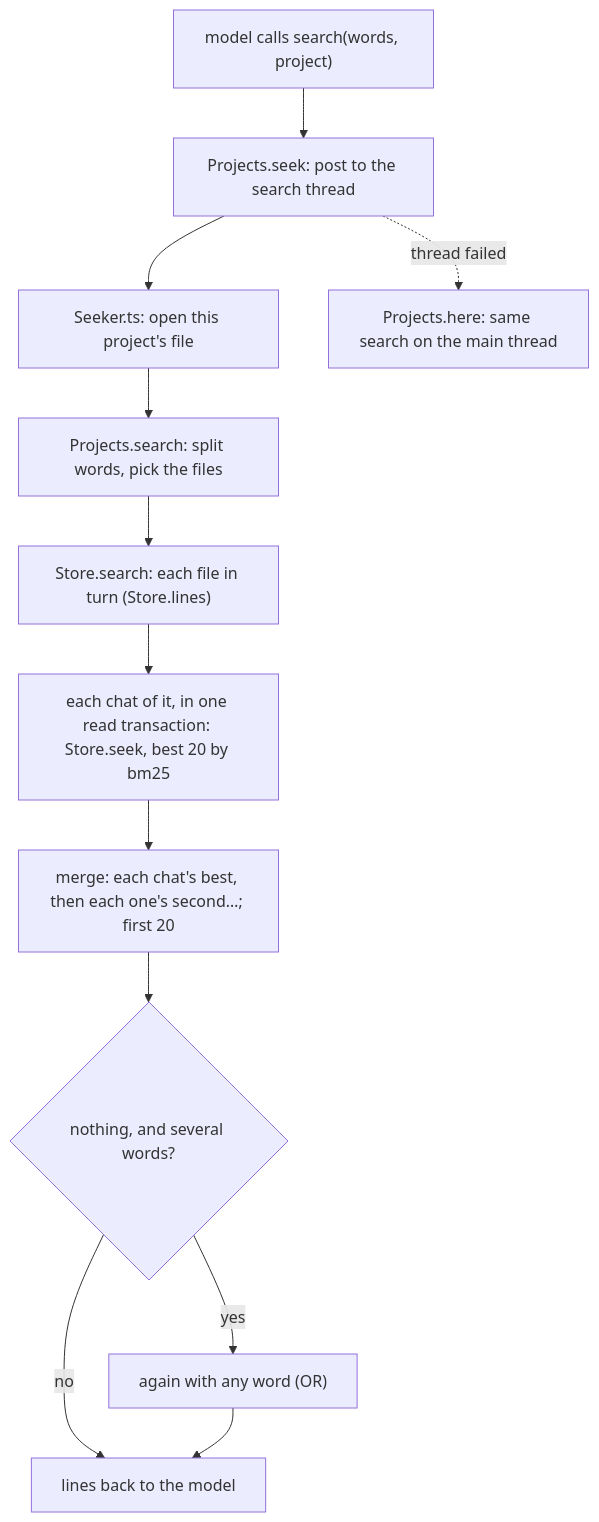
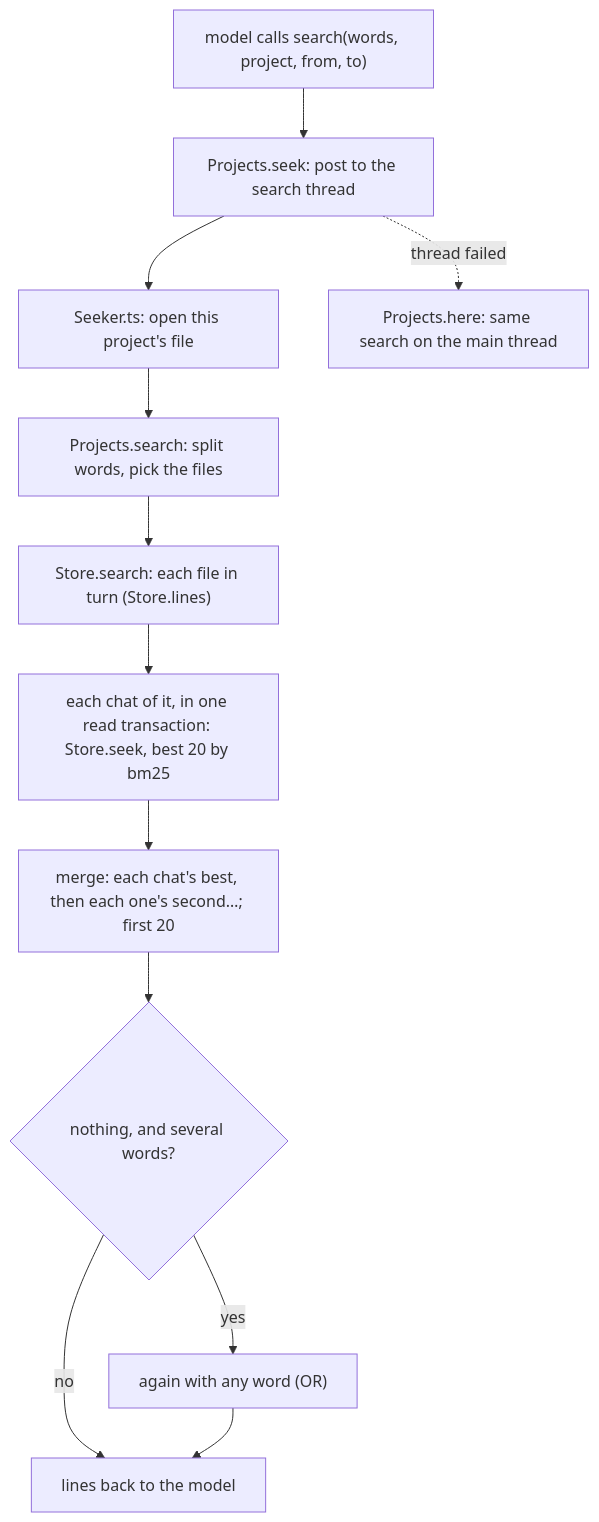
Before and after one commit to 4our4ace/illimitable-chat: the third of 3 diagrams in docs/storage.md, drawn with Mermaid. The commit also changed other lines of this file and 7 other files, not shown here.

````diff
--- a/docs/storage.md
+++ b/docs/storage.md
@@ -493,14 +494,14 @@
 ```mermaid
 flowchart TD
-  T["model calls search(words, project)"] --> S["Projects.seek: post to the search thread"]
+  T["model calls search(words, project, from, to)"] --> S["Projects.seek: post to the search thread"]
   S --> W["Seeker.ts: open this project's file"]
   W --> P["Projects.search: split words, pick the files"]
   P --> R["Store.search: each file in turn (Store.lines)"]
   R --> C["each chat of it, in one read transaction: Store.seek, best 20 by bm25"]
   C --> M["merge: each chat's best, then each one's second…; first 20"]
   M --> E{"nothing, and several words?"}
   E -- yes --> O["again with any word (OR)"]
   E -- no --> X["lines back to the model"]
   O --> X
   S -. "thread failed" .-> I["Projects.here: same search on the main thread"]
 ```
````
